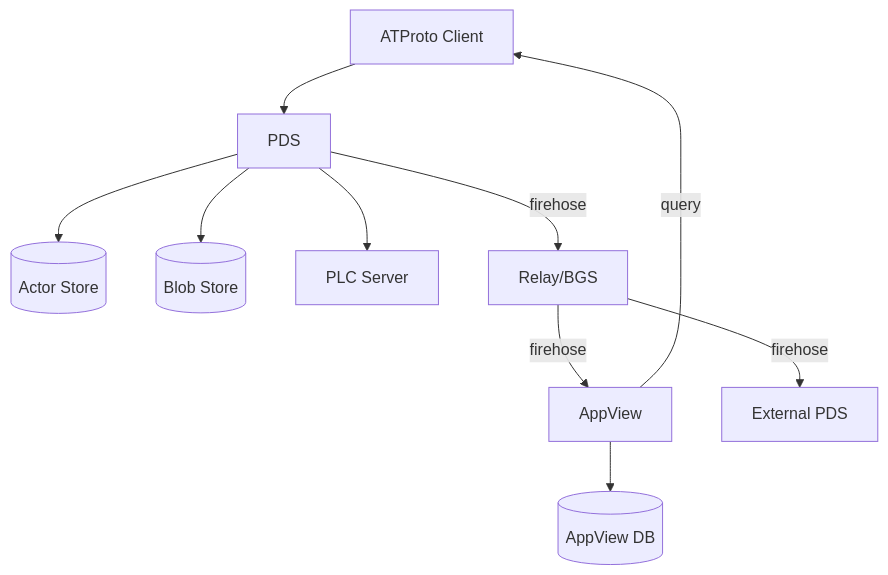
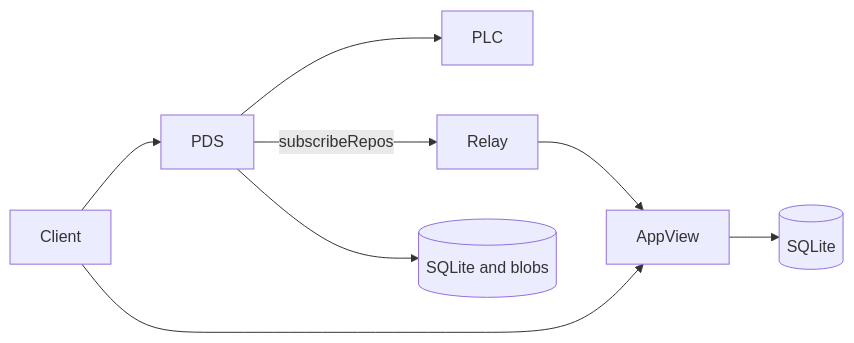
The diagram in docs/20-explanation/architecture/atproto_pds_architecture.md (jvalinsky/garazyk), drawn with Mermaid before and after one commit. The commit also changed other lines of this file and 18 other files, not shown here.

Commit message:
docs: streamline architecture and scenario guides

````diff
--- a/docs/20-explanation/architecture/atproto_pds_architecture.md
+++ b/docs/20-explanation/architecture/atproto_pds_architecture.md
@@ -11,12 +12,10 @@
 ```mermaid
-graph TD
-    Client[ATProto Client] --> PDS
-    PDS[PDS] --> SQLite[(Actor Store)]
-    PDS --> Blobs[(Blob Store)]
-    PDS --> PLC[PLC Server]
-    PDS -->|firehose| Relay[Relay/BGS]
-    Relay -->|firehose| AppView[AppView]
-    Relay -->|firehose| External[External PDS]
-    AppView --> AppViewDB[(AppView DB)]
-    AppView -->|query| Client
+flowchart LR
+    Client --> PDS
+    PDS --> PLC
+    PDS -->|subscribeRepos| Relay
+    Relay --> AppView
+    Client --> AppView
+    PDS --> ActorStore[(SQLite and blobs)]
+    AppView --> AppViewStore[(SQLite)]
 ```
````
